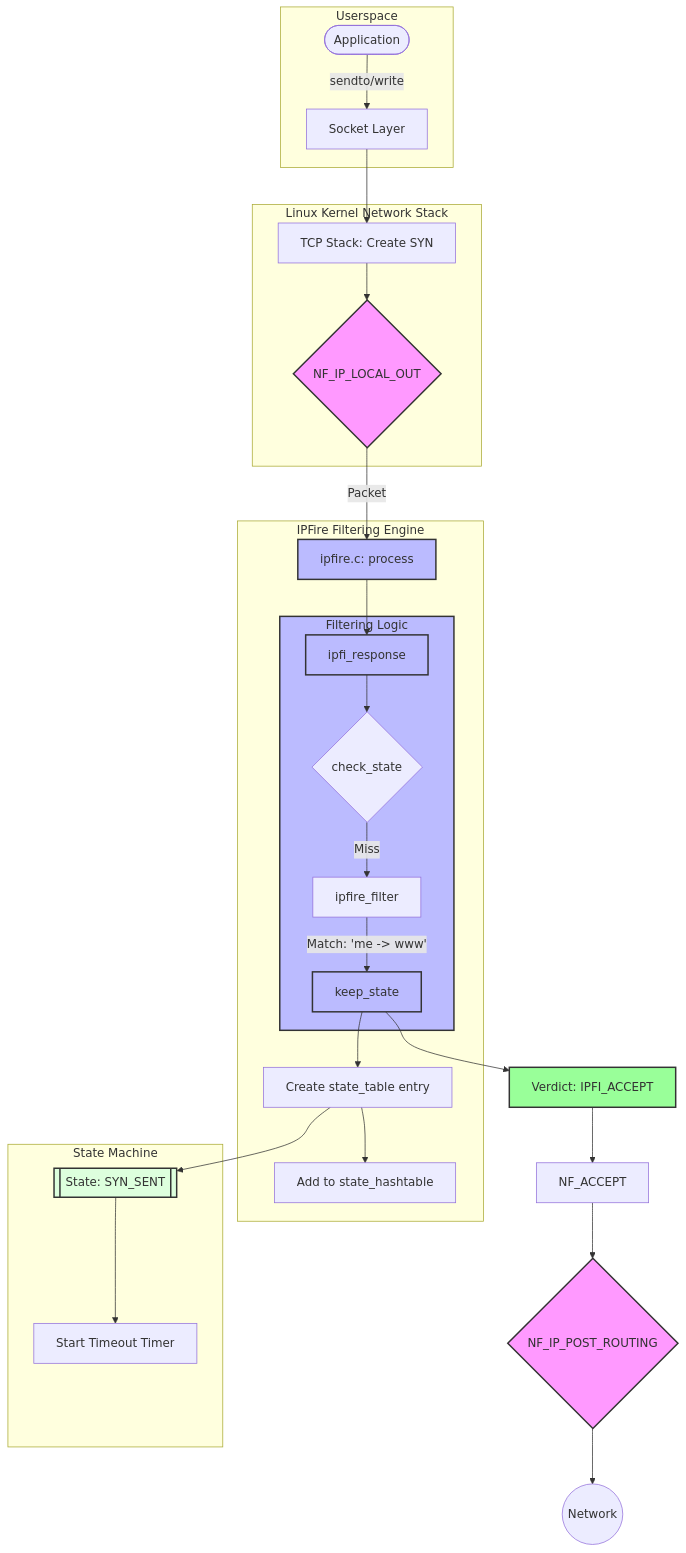
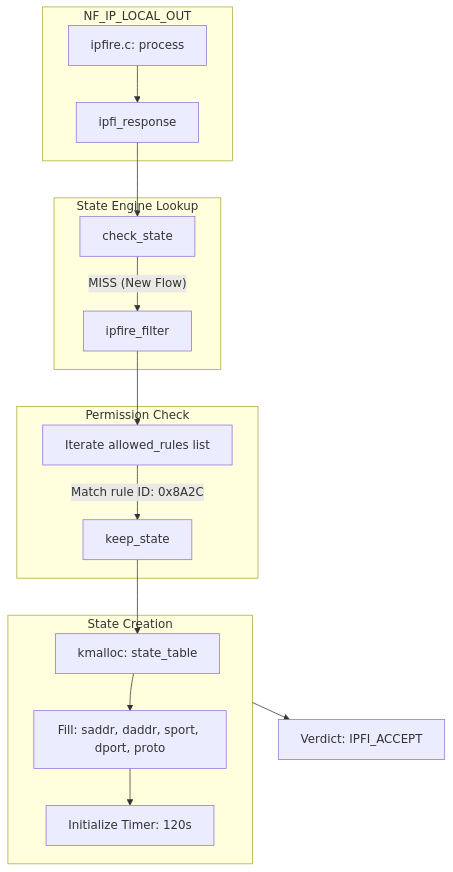
The diagram in doc/06_Detailed_Packet_Flows.md (delleceste/ipfire-wall), drawn with Mermaid before and after one commit. The commit also changed other lines of this file and 6 other files, not shown here.

````diff
--- a/doc/06_Detailed_Packet_Flows.md
+++ b/doc/06_Detailed_Packet_Flows.md
@@ -35,46 +48,24 @@
 ```mermaid
 flowchart TD
-    subgraph Userspace
-        App([Application]) -->|sendto/write| Socket[Socket Layer]
+    subgraph Hook_Entry [NF_IP_LOCAL_OUT]
+        Process[ipfire.c: process] --> Response[ipfi_response]
     end
 
-    subgraph Kernel_Network_Stack [Linux Kernel Network Stack]
-        Socket --> TCP[TCP Stack: Create SYN]
-        TCP --> Hook_LOCAL_OUT{NF_IP_LOCAL_OUT}
+    subgraph State_Check [State Engine Lookup]
+        Response --> CheckState[check_state]
+        CheckState -- "MISS (New Flow)" --> Filter[ipfire_filter]
     end
 
-    subgraph IPFire_Engine [IPFire Filtering Engine]
-        Hook_LOCAL_OUT -- Packet --> Process[ipfire.c: process]
-        Process --> Response[ipfi_response]
-        
-        subgraph Logic [Filtering Logic]
-            Response --> CheckState{check_state}
-            CheckState -- Miss --> Filter[ipfire_filter]
-            Filter -- Match: 'me -> www' --> KeepState[keep_state]
-        end
-        
-        KeepState --> NewEntry[Create state_table entry]
-        NewEntry --> Hash[Add to state_hashtable]
+    subgraph Rule_Evaluation [Permission Check]
+        Filter --> Loop[Iterate allowed_rules list]
+        Loop -- "Match rule ID: 0x8A2C" --> KeepState[keep_state]
     end
 
-    subgraph State_Transitions [State Machine]
-        NewEntry --> SYN_SENT[[State: SYN_SENT]]
-        SYN_SENT --> Timer[Start Timeout Timer]
+    subgraph State_Initialization [State Creation]
+        KeepState --> Alloc[kmalloc: state_table]
+        Alloc --> Fill[Fill: saddr, daddr, sport, dport, proto]
+        Fill --> Timer[Initialize Timer: 120s]
     end
 
-    KeepState --> Verdict[Verdict: IPFI_ACCEPT]
-    Verdict --> Accept[NF_ACCEPT]
-    Accept --> Hook_POST_ROUTING{NF_IP_POST_ROUTING}
-    Hook_POST_ROUTING --> Net((Network))
-
-    %% Styling
-    classDef hook fill:#f9f,stroke:#333,stroke-width:2px;
-    classDef engine fill:#bbf,stroke:#333,stroke-width:2px;
-    classDef state fill:#dfd,stroke:#333,stroke-width:2px;
-    classDef match fill:#9f9,stroke:#333,stroke-width:2px;
-
-    class Hook_LOCAL_OUT,Hook_POST_ROUTING hook;
-    class Process,Response,Logic,KeepState engine;
-    class SYN_SENT state;
-    class Verdict match;
+    State_Initialization --> Verdict[Verdict: IPFI_ACCEPT]
 ```
````
